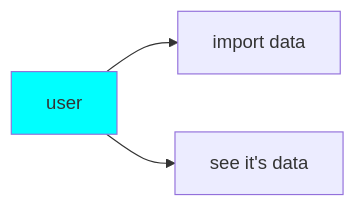
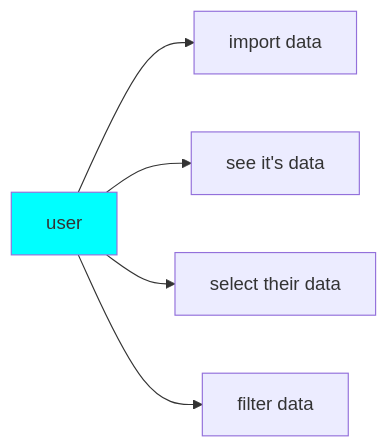
One commit to imiiii/Wiki-For-ML-Project changed the third of 3 diagrams in Test/SubPage.md. Above: the diagram before and after it, drawn with Mermaid. The commit also changed other lines of this file, not shown here.

```diff
--- a/Test/SubPage.md
+++ b/Test/SubPage.md
@@ -32,10 +26,9 @@
 ::: mermaid
-
-
-
 graph LR;
 style id1 fill:#00FFFF
     id1[user]  
 id1 --> id2[import data]
 id1-->id3[see it's data]
+id1-->id4[select their data]
+id1-->id5[filter data]
 :::
```
